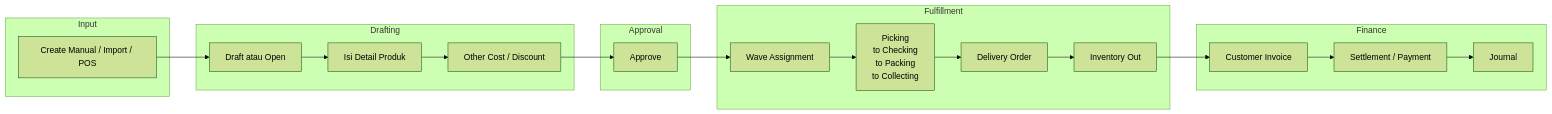
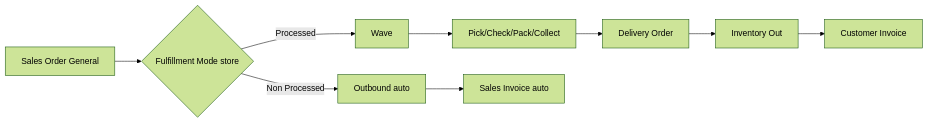
One commit to yendyr/olshoperp-docs changed the first of 3 diagrams in qa-docs/sales-order-general/requirement.md. Above: the diagram before and after it, drawn with Mermaid (forest theme). The commit also changed other lines of this file and 33 other files, not shown here.

````diff
--- a/qa-docs/sales-order-general/requirement.md
+++ b/qa-docs/sales-order-general/requirement.md
@@ -88,27 +46,6 @@
 ```mermaid
 flowchart LR
-    subgraph Input
-        A[Create Manual / Import / POS]
-    end
-    subgraph Drafting
-        B[Draft atau Open]
-        C[Isi Detail Produk]
-        D[Other Cost / Discount]
-    end
-    subgraph Approval
-        E[Approve]
-    end
-    subgraph Fulfillment
-        F[Wave Assignment]
-        G["Picking\nto Checking\nto Packing\nto Collecting"]
-        H[Delivery Order]
-        I[Inventory Out]
-    end
-    subgraph Finance
-        J[Customer Invoice]
-        K[Settlement / Payment]
-        L[Journal]
-    end
-
-    A --> B --> C --> D --> E --> F --> G --> H --> I --> J --> K --> L
+    SO[Sales Order General] --> FM{Fulfillment Mode store}
+    FM -->|Processed| WV[Wave] --> PR[Pick/Check/Pack/Collect] --> DO[Delivery Order] --> OUT[Inventory Out] --> INV[Customer Invoice]
+    FM -->|Non Processed| OUT2[Outbound auto] --> INV2[Sales Invoice auto]
 ```
````
